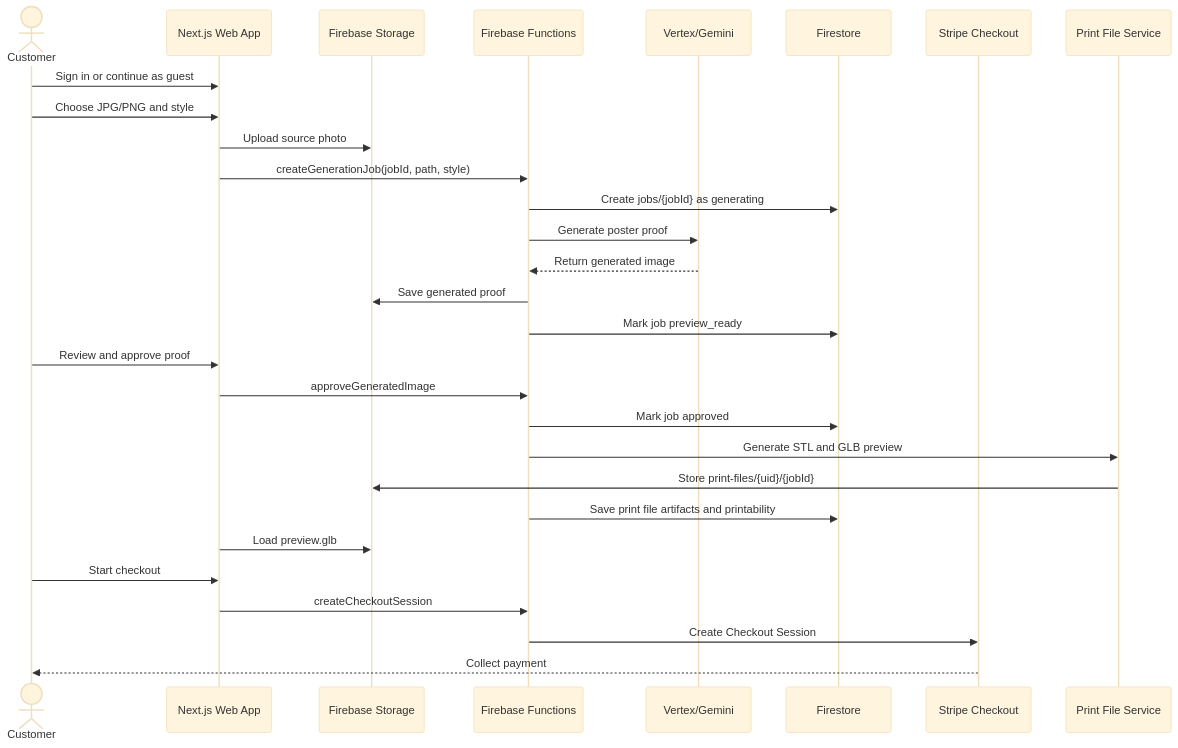
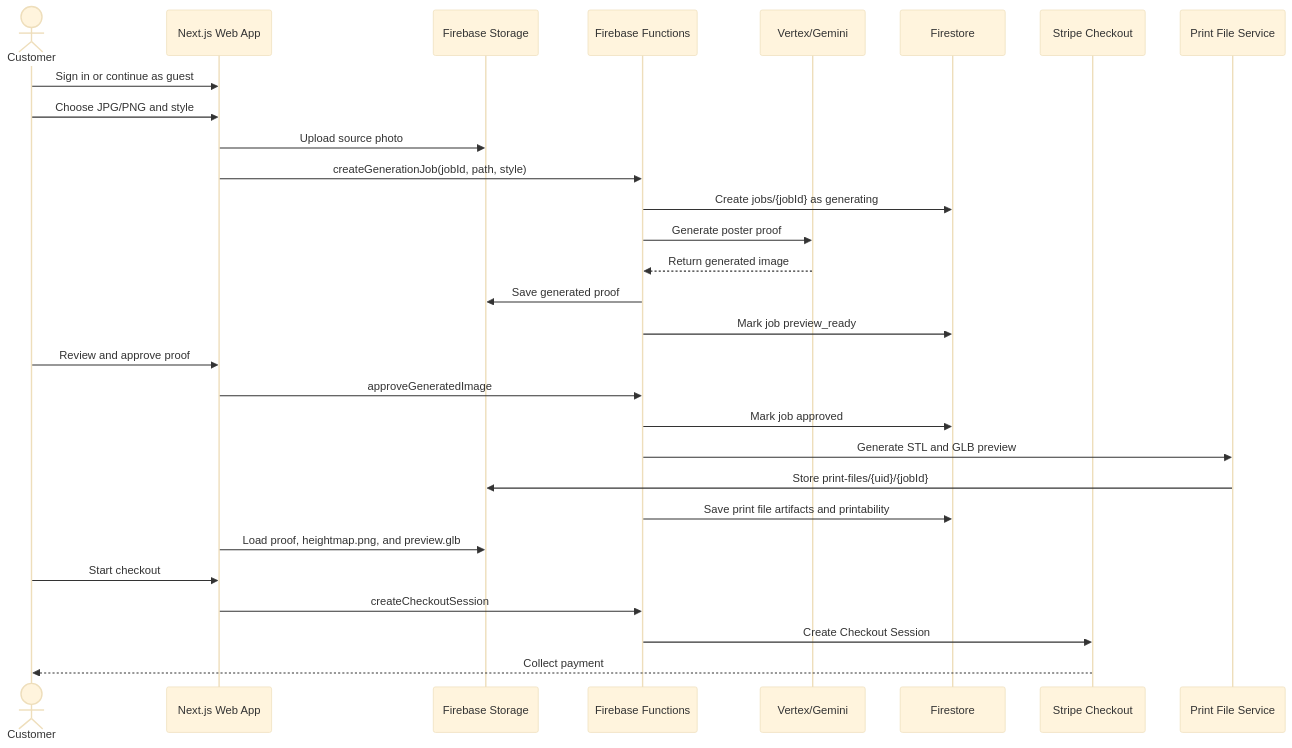
The second of 3 diagrams in README.md (KielRN/3dprintposters), drawn with Mermaid (base theme) before and after one commit. The commit also changed other lines of this file and 7 other files, not shown here.

````diff
--- a/README.md
+++ b/README.md
@@ -70,32 +70,32 @@
 ```mermaid
 sequenceDiagram
   actor Customer
   participant Web as Next.js Web App
   participant Storage as Firebase Storage
   participant Fn as Firebase Functions
   participant AI as Vertex/Gemini
   participant DB as Firestore
   participant Stripe as Stripe Checkout
   participant Print as Print File Service
 
   Customer->>Web: Sign in or continue as guest
   Customer->>Web: Choose JPG/PNG and style
   Web->>Storage: Upload source photo
   Web->>Fn: createGenerationJob(jobId, path, style)
   Fn->>DB: Create jobs/{jobId} as generating
   Fn->>AI: Generate poster proof
   AI-->>Fn: Return generated image
   Fn->>Storage: Save generated proof
   Fn->>DB: Mark job preview_ready
   Customer->>Web: Review and approve proof
   Web->>Fn: approveGeneratedImage
   Fn->>DB: Mark job approved
   Fn->>Print: Generate STL and GLB preview
   Print->>Storage: Store print-files/{uid}/{jobId}
   Fn->>DB: Save print file artifacts and printability
-  Web->>Storage: Load preview.glb
+  Web->>Storage: Load proof, heightmap.png, and preview.glb
   Customer->>Web: Start checkout
   Web->>Fn: createCheckoutSession
   Fn->>Stripe: Create Checkout Session
   Stripe-->>Customer: Collect payment
 ```
````
